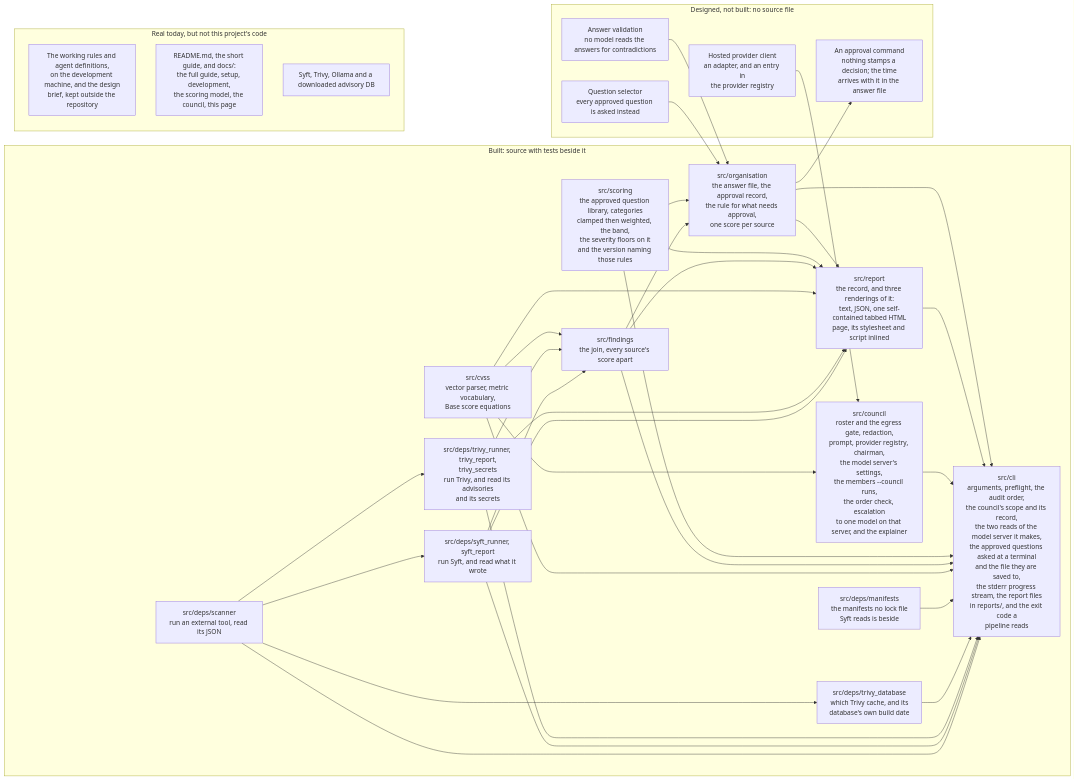
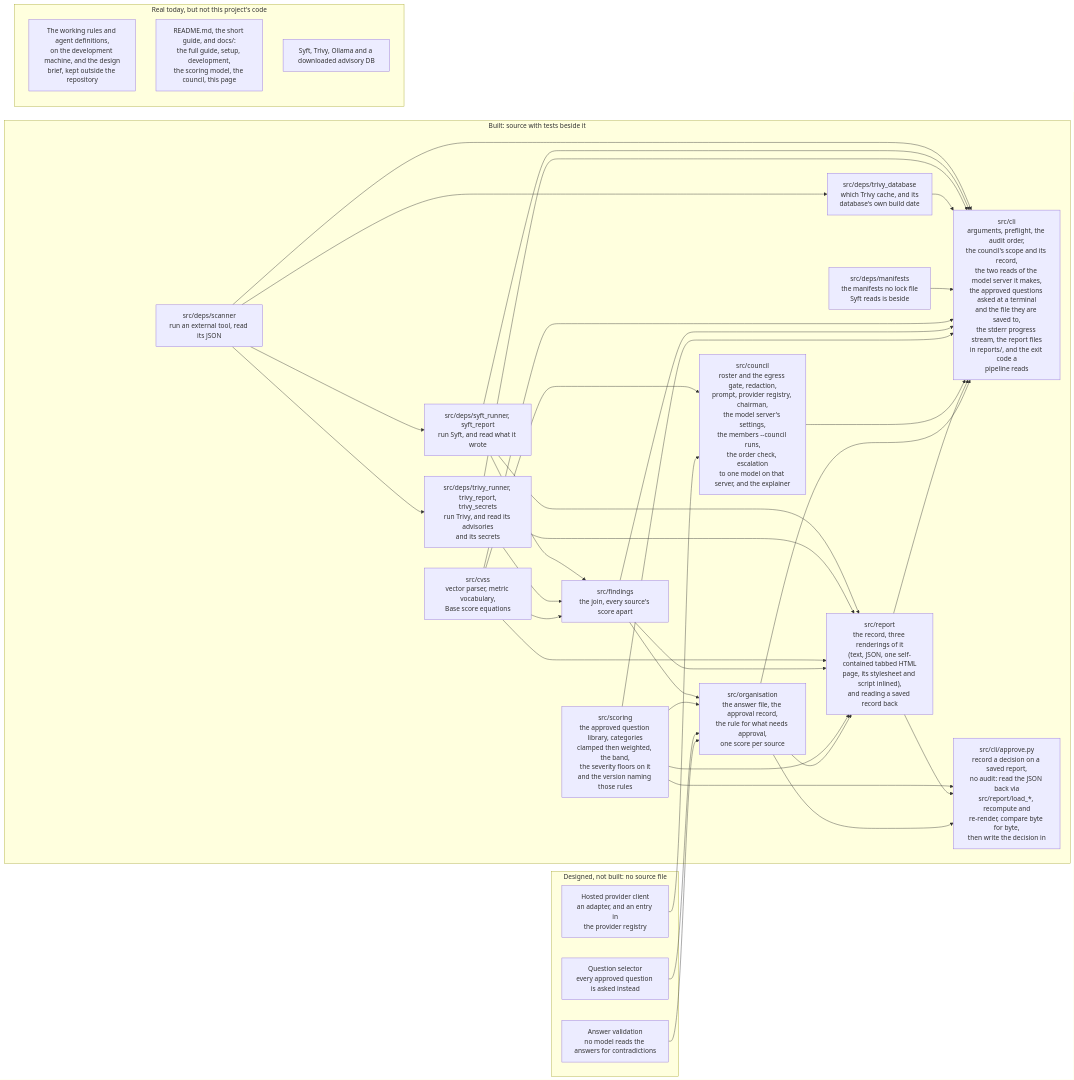
Before and after one commit to heinthtnaung/AgenticLLMAppAuditor: the fifth of 5 diagrams in docs/diagrams.md, drawn with Mermaid. The commit also changed other lines of this file and 34 other files, not shown here.

Commit message:
Record an approval on a saved report without re-running it

````diff
--- a/docs/diagrams.md
+++ b/docs/diagrams.md
@@ -618,61 +618,63 @@
 ```mermaid
 flowchart LR
     subgraph BUILT["Built: source with tests beside it"]
         b0["src/deps/scanner<br/>run an external tool, read its JSON"]
         b1["src/deps/syft_runner, syft_report<br/>run Syft, and read what it wrote"]
         b2["src/deps/trivy_runner, trivy_report,<br/>trivy_secrets<br/>run Trivy, and read its advisories<br/>and its secrets"]
         b3["src/deps/trivy_database<br/>which Trivy cache, and its<br/>database's own build date"]
         b11["src/deps/manifests<br/>the manifests no lock file<br/>Syft reads is beside"]
         b4["src/cvss<br/>vector parser, metric vocabulary,<br/>Base score equations"]
         b5["src/findings<br/>the join, every source's score apart"]
         b7["src/council<br/>roster and the egress gate, redaction,<br/>prompt, provider registry, chairman,<br/>the model server's settings,<br/>the members --council runs,<br/>the order check, escalation<br/>to one model on that server, and the explainer"]
-        b8["src/report<br/>the record, and three renderings of it:<br/>text, JSON, one self-contained tabbed HTML<br/>page, its stylesheet and script inlined"]
+        b8["src/report<br/>the record, three renderings of it<br/>(text, JSON, one self-contained tabbed HTML<br/>page, its stylesheet and script inlined),<br/>and reading a saved record back"]
         b9["src/cli<br/>arguments, preflight, the audit order,<br/>the council's scope and its record,<br/>the two reads of the model server it makes,<br/>the approved questions asked at a terminal<br/>and the file they are saved to,<br/>the stderr progress stream, the report files<br/>in reports/, and the exit code a<br/>pipeline reads"]
         b6["src/scoring<br/>the approved question library, categories<br/>clamped then weighted, the band,<br/>the severity floors on it<br/>and the version naming those rules"]
         b10["src/organisation<br/>the answer file, the approval record,<br/>the rule for what needs approval,<br/>one score per source"]
+        b12["src/cli/approve.py<br/>record a decision on a saved report,<br/>no audit: read the JSON back via<br/>src/report/load_*, recompute and<br/>re-render, compare byte for byte,<br/>then write the decision in"]
         b0 --> b1
         b0 --> b2
         b0 --> b3
         b0 --> b9
         b1 --> b5
         b1 --> b8
         b1 --> b9
         b2 --> b5
         b2 --> b8
         b2 --> b9
         b3 --> b9
         b11 --> b9
         b4 --> b5
         b4 --> b7
         b4 --> b8
         b4 --> b9
         b5 --> b8
         b5 --> b9
         b5 --> b10
         b6 --> b8
         b6 --> b10
         b6 --> b9
         b7 --> b9
         b8 --> b9
         b10 --> b8
         b10 --> b9
+        b6 --> b12
+        b8 --> b12
+        b10 --> b12
     end
 
     subgraph UNBUILT["Designed, not built: no source file"]
         d2["Question selector<br/>every approved question is asked instead"]
         d3["Answer validation<br/>no model reads the answers for contradictions"]
         d6["Hosted provider client<br/>an adapter, and an entry in<br/>the provider registry"]
-        d12["An approval command<br/>nothing stamps a decision; the time<br/>arrives with it in the answer file"]
     end
 
     d6 --> b7
     d2 --> b10
     d3 --> b10
-    b10 --> d12
 
     subgraph REAL["Real today, but not this project's code"]
         x1["The working rules and agent definitions,<br/>on the development machine, and the design<br/>brief, kept outside the repository"]
         x2["README.md, the short guide, and docs/:<br/>the full guide, setup, development,<br/>the scoring model, the council, this page"]
         x4["Syft, Trivy, Ollama and a downloaded advisory DB"]
     end
 ```
````
